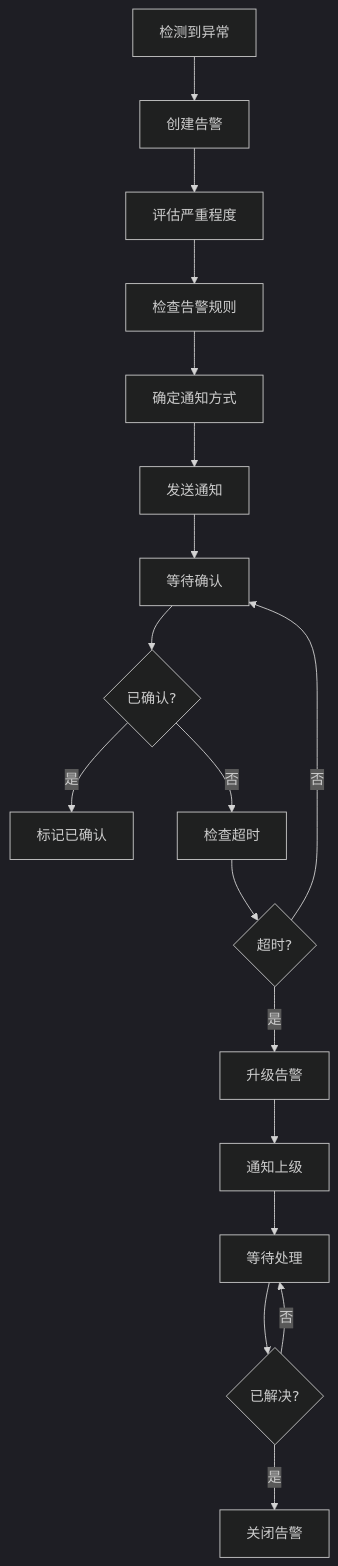
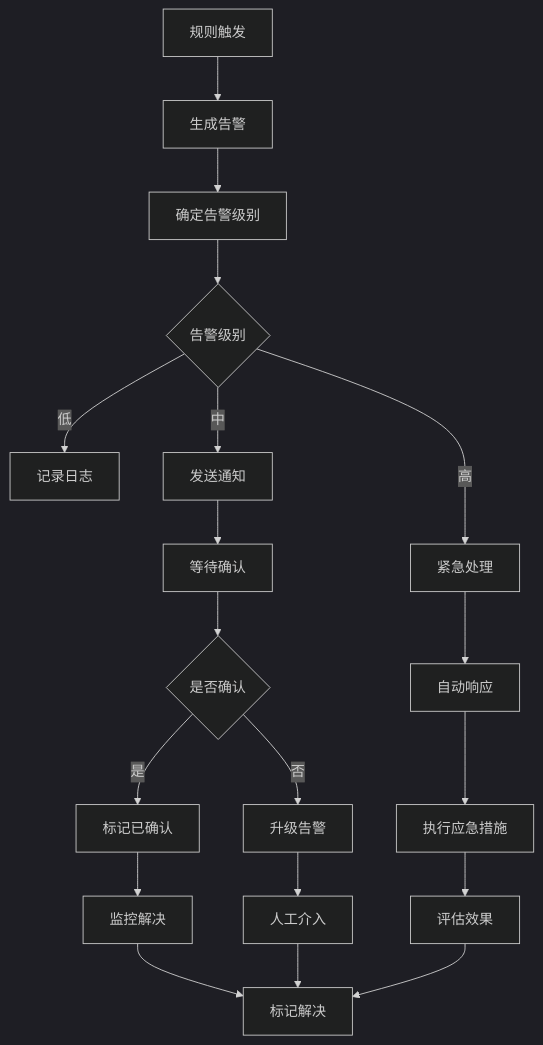
Before and after one commit to martin-ly/rust-lang: the third of 3 diagrams in docs/industry_domains/iot/business_modeling.md, drawn with Mermaid (dark theme). The commit also changed other lines of this file and 2 other files, not shown here.

````diff
--- a/docs/industry_domains/iot/business_modeling.md
+++ b/docs/industry_domains/iot/business_modeling.md
@@ -714,20 +570,21 @@
 ```mermaid
 graph TD
-    A[检测到异常] --> B[创建告警]
-    B --> C[评估严重程度]
-    C --> D[检查告警规则]
-    D --> E[确定通知方式]
-    E --> F[发送通知]
-    F --> G[等待确认]
-    G --> H{已确认?}
-    H -->|是| I[标记已确认]
-    H -->|否| J[检查超时]
-    J --> K{超时?}
-    K -->|是| L[升级告警]
-    K -->|否| G
-    L --> M[通知上级]
-    M --> N[等待处理]
-    N --> O{已解决?}
-    O -->|是| P[关闭告警]
-    O -->|否| N
+    A[规则触发] --> B[生成告警]
+    B --> C[确定告警级别]
+    C --> D{告警级别}
+    D -->|低| E[记录日志]
+    D -->|中| F[发送通知]
+    D -->|高| G[紧急处理]
+    F --> H[等待确认]
+    G --> I[自动响应]
+    H --> J{是否确认}
+    J -->|是| K[标记已确认]
+    J -->|否| L[升级告警]
+    I --> M[执行应急措施]
+    K --> N[监控解决]
+    L --> O[人工介入]
+    M --> P[评估效果]
+    N --> Q[标记解决]
+    O --> Q
+    P --> Q
 ```
````
